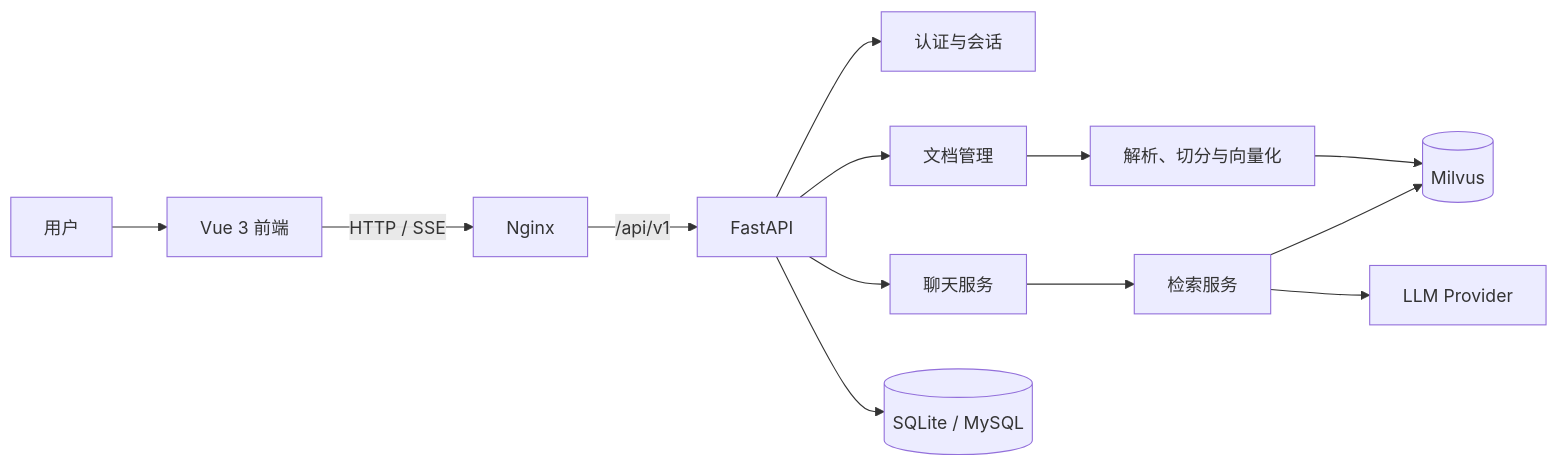
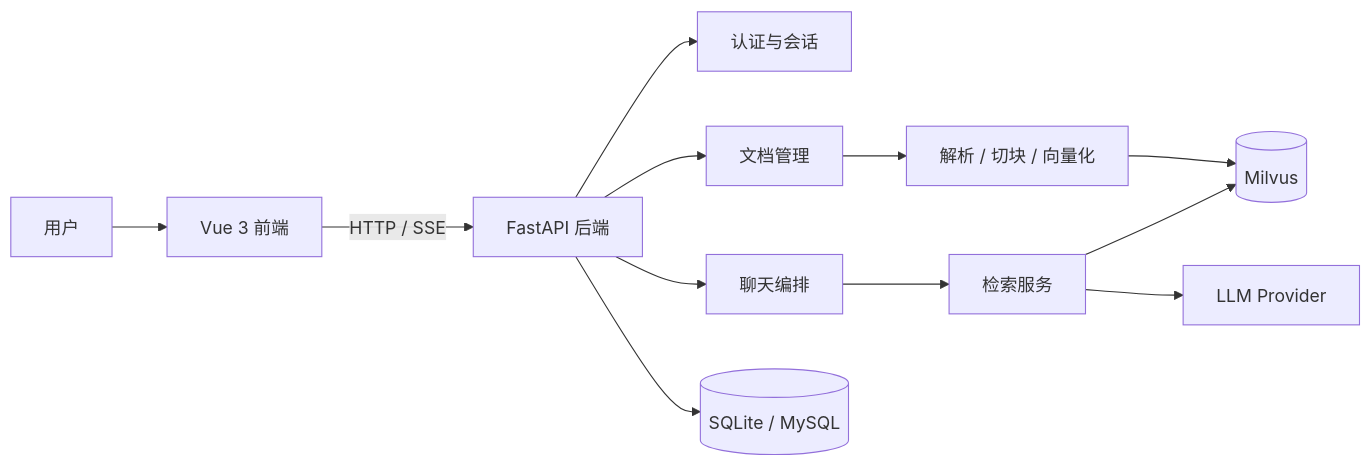
The first of 2 diagrams in README.md (GuLu37/Enterprise-Knowledge-System), drawn with Mermaid before and after one commit. The commit also changed other lines of this file and 10 other files, not shown here.

````diff
--- a/README.md
+++ b/README.md
@@ -29,16 +22,18 @@
 ```mermaid
 flowchart LR
     U[用户] --> F[Vue 3 前端]
-    F -->|HTTP / SSE| N[Nginx]
-    N -->|/api/v1| A[FastAPI]
+    F -->|HTTP / SSE| A[FastAPI 后端]
 
     A --> AU[认证与会话]
     A --> D[文档管理]
-    A --> C[聊天服务]
-    D --> P[解析、切分与向量化]
+    A --> C[聊天编排]
+
+    D --> P[解析 / 切块 / 向量化]
     P --> M[(Milvus)]
+
     C --> R[检索服务]
     R --> M
     R --> L[LLM Provider]
+
     A --> S[(SQLite / MySQL)]
 ```
````
